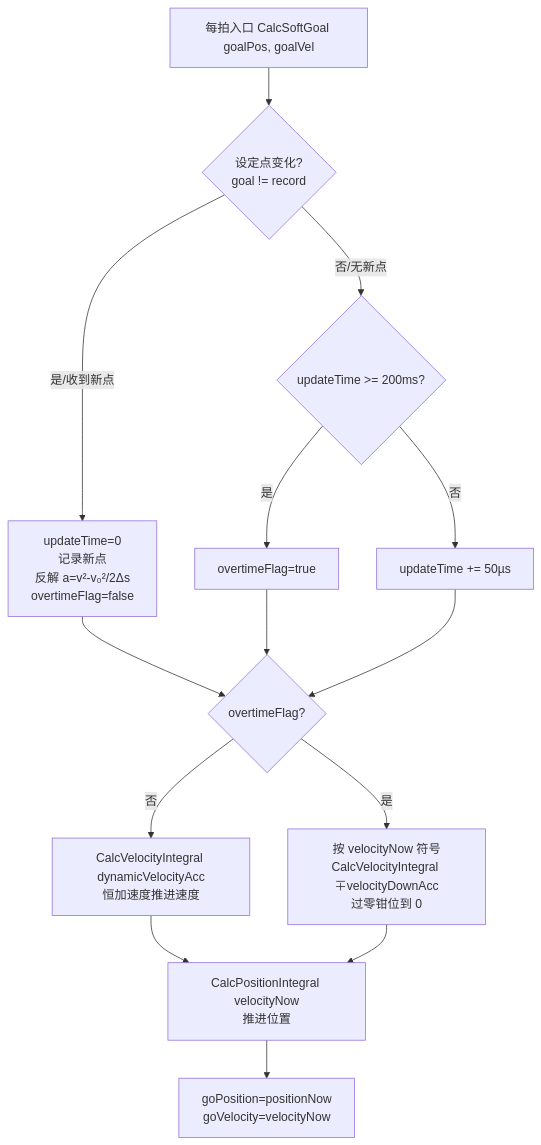
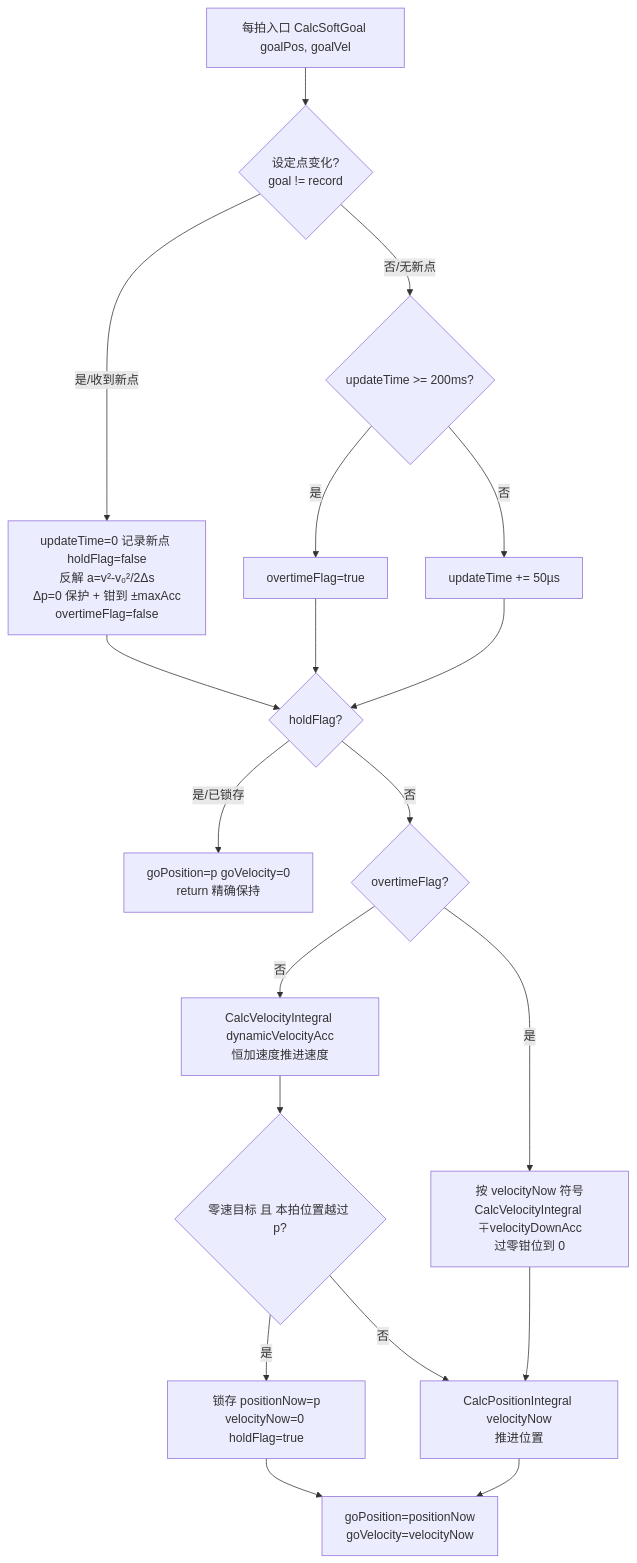
The second of 2 diagrams in files/motion_planner_analysis.md (LiangXin-gugu/dummy_42motor_firmware_gugu), drawn with Mermaid before and after one commit. The commit also changed other lines of this file and 3 other files, not shown here.

````diff
--- a/files/motion_planner_analysis.md
+++ b/files/motion_planner_analysis.md
@@ -399,16 +399,21 @@
 ```mermaid
 flowchart TD
     A[每拍入口 CalcSoftGoal goalPos, goalVel] --> B{设定点变化?<br/>goal != record}
-    B -- 是/收到新点 --> C[updateTime=0<br/>记录新点<br/>反解 a=v²-v₀²/2Δs<br/>overtimeFlag=false]
+    B -- 是/收到新点 --> C[updateTime=0 记录新点 holdFlag=false<br/>反解 a=v²-v₀²/2Δs<br/>Δp=0 保护 + 钳到 ±maxAcc<br/>overtimeFlag=false]
     B -- 否/无新点 --> D{updateTime >= 200ms?}
     D -- 是 --> E[overtimeFlag=true]
     D -- 否 --> F[updateTime += 50µs]
-    C --> G{overtimeFlag?}
-    E --> G
-    F --> G
+    C --> HO{holdFlag?}
+    E --> HO
+    F --> HO
+    HO -- 是/已锁存 --> HK[goPosition=p goVelocity=0<br/>return 精确保持]
+    HO -- 否 --> G{overtimeFlag?}
     G -- 否 --> H[CalcVelocityIntegral dynamicVelocityAcc<br/>恒加速度推进速度]
     G -- 是 --> I[按 velocityNow 符号<br/>CalcVelocityIntegral ∓velocityDownAcc<br/>过零钳位到 0]
-    H --> J[CalcPositionIntegral velocityNow<br/>推进位置]
-    I --> J
-    J --> K[goPosition=positionNow<br/>goVelocity=velocityNow]
+    H --> J{零速目标 且 本拍位置越过 p?}
+    J -- 是 --> L[锁存 positionNow=p<br/>velocityNow=0 holdFlag=true]
+    J -- 否 --> M[CalcPositionIntegral velocityNow<br/>推进位置]
+    I --> M
+    L --> K[goPosition=positionNow<br/>goVelocity=velocityNow]
+    M --> K
 ```
````
